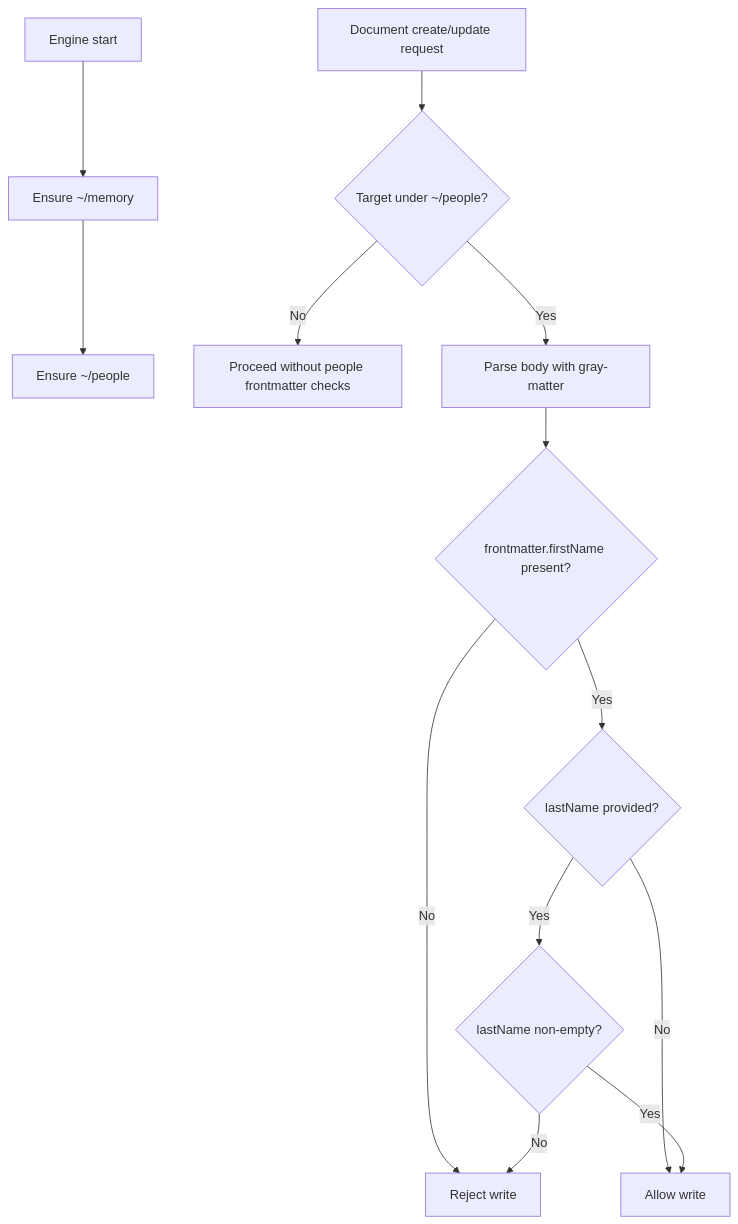
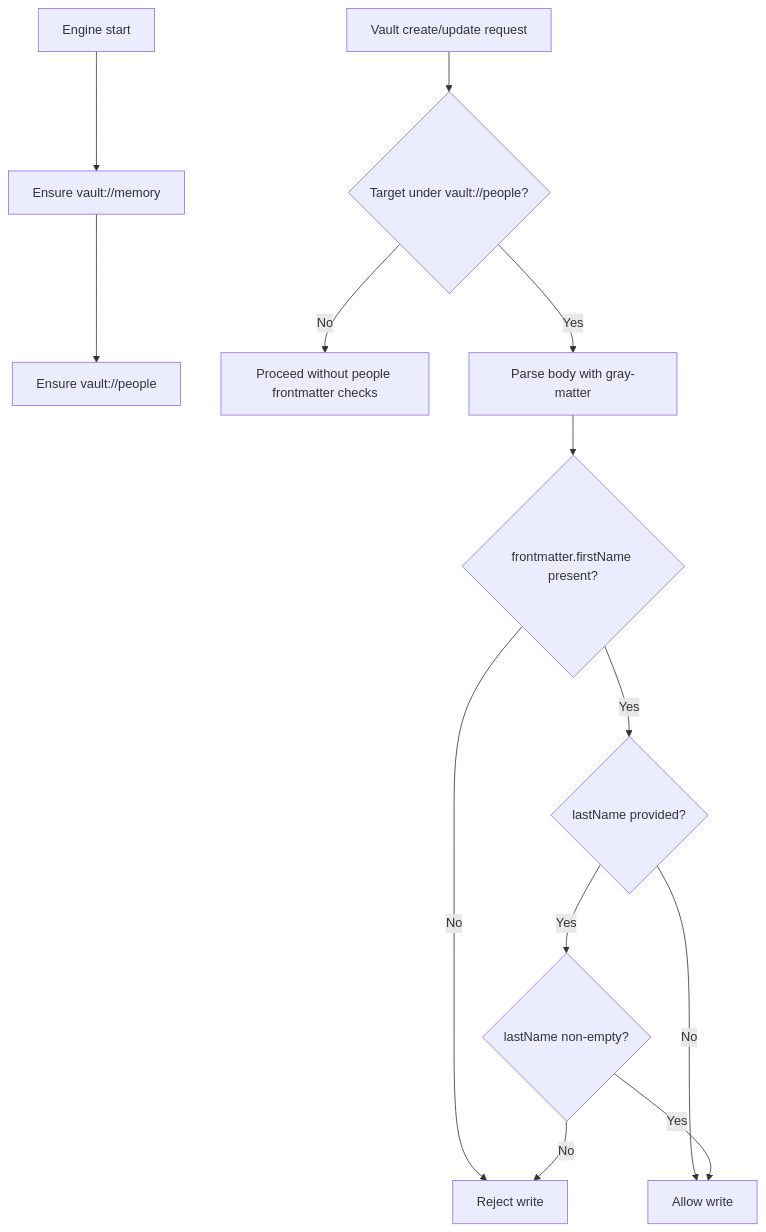
One commit to ex3ndr/daycare changed the diagram in doc/20260302-people-root-frontmatter.md. Above: the diagram before and after it, drawn with Mermaid. The commit also changed other lines of this file and 112 other files, not shown here.

````diff
--- a/doc/20260302-people-root-frontmatter.md
+++ b/doc/20260302-people-root-frontmatter.md
@@ -16,16 +16,16 @@
 ```mermaid
 flowchart TD
-    A[Engine start] --> B[Ensure ~/memory]
-    B --> C[Ensure ~/people]
+    A[Engine start] --> B[Ensure vault://memory]
+    B --> C[Ensure vault://people]
 
-    D[Document create/update request] --> E{Target under ~/people?}
+    D[Vault create/update request] --> E{Target under vault://people?}
     E -->|No| F[Proceed without people frontmatter checks]
     E -->|Yes| G[Parse body with gray-matter]
     G --> H{frontmatter.firstName present?}
     H -->|No| I[Reject write]
     H -->|Yes| J{lastName provided?}
     J -->|No| K[Allow write]
     J -->|Yes| L{lastName non-empty?}
     L -->|No| I
     L -->|Yes| K
 ```
````
